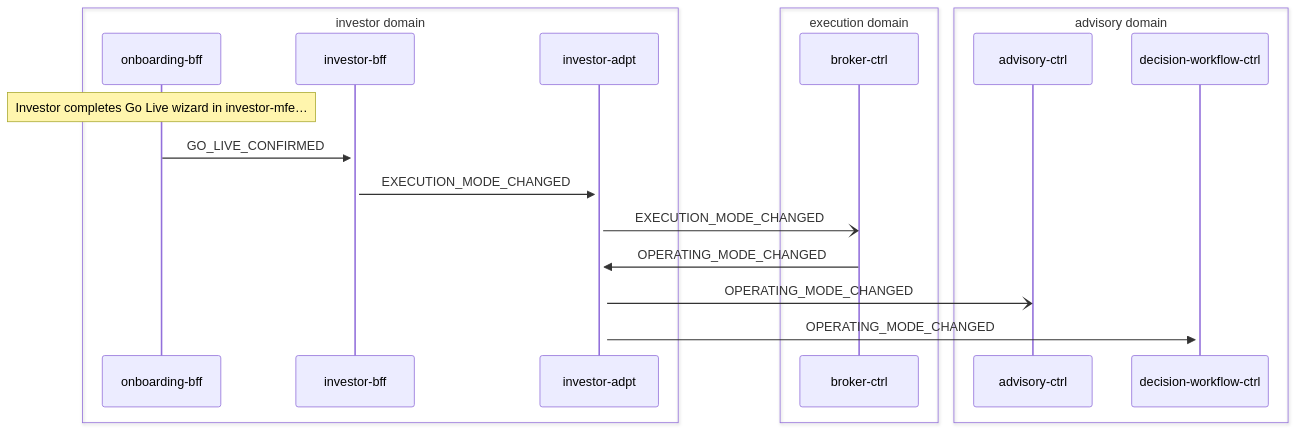
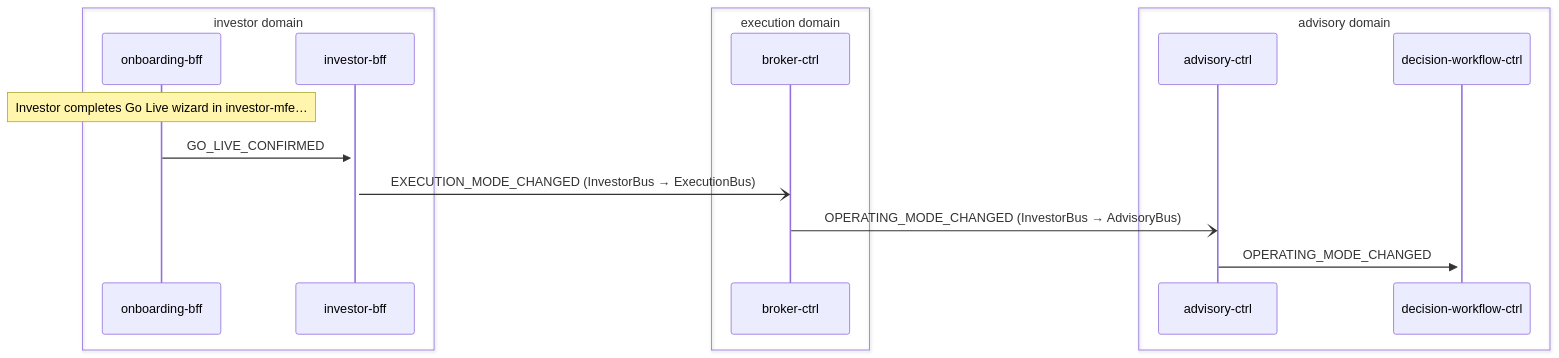
Before and after one commit to fabio-vitali/nestfolio: the second of 2 diagrams in docs/data-flows/go-live.md, drawn with Mermaid. The commit also changed other lines of this file and 19 other files, not shown here.

First line of the commit message:
docs(flows): update flow specs and schema for pull model adapter routing

````diff
--- a/docs/data-flows/go-live.md
+++ b/docs/data-flows/go-live.md
@@ -33,22 +31,19 @@
 ```mermaid
 sequenceDiagram
     box investor domain
         participant onboarding_bff as onboarding-bff
         participant investor_bff as investor-bff
-        participant investor_adpt as investor-adpt
     end
     box execution domain
         participant broker_ctrl as broker-ctrl
     end
     box advisory domain
         participant advisory_ctrl as advisory-ctrl
         participant decision_workflow_ctrl as decision-workflow-ctrl
     end
     Note over onboarding_bff: Investor completes Go Live wizard in investor-mfe…
     onboarding_bff->>+investor_bff: GO_LIVE_CONFIRMED
-    investor_bff->>+investor_adpt: EXECUTION_MODE_CHANGED
-    investor_adpt-)broker_ctrl: EXECUTION_MODE_CHANGED
-    broker_ctrl->>+investor_adpt: OPERATING_MODE_CHANGED
-    investor_adpt-)advisory_ctrl: OPERATING_MODE_CHANGED
-    investor_adpt->>+decision_workflow_ctrl: OPERATING_MODE_CHANGED
+    investor_bff-)broker_ctrl: EXECUTION_MODE_CHANGED (InvestorBus → ExecutionBus)
+    broker_ctrl-)advisory_ctrl: OPERATING_MODE_CHANGED (InvestorBus → AdvisoryBus)
+    advisory_ctrl->>+decision_workflow_ctrl: OPERATING_MODE_CHANGED
 ```
````
